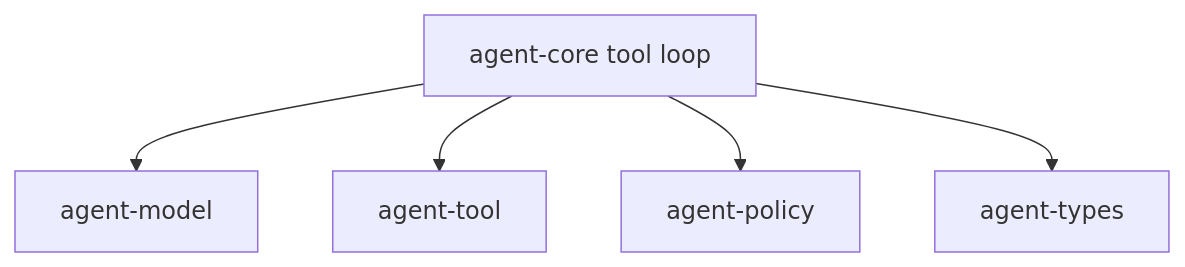
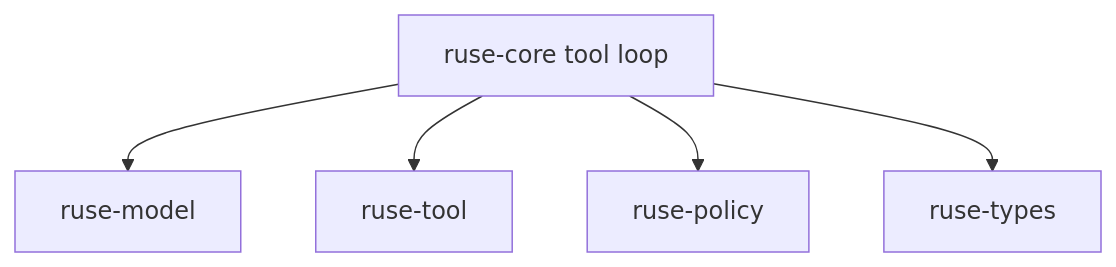
The diagram in docs/specs/M02-05-tool-loop-integration.spec.md (poneding/agent), drawn with Mermaid before and after one commit. The commit also changed other lines of this file and 2091 other files, not shown here.

First line of the commit message:
refactor: rename agent branding to ruse

````diff
--- a/docs/specs/M02-05-tool-loop-integration.spec.md
+++ b/docs/specs/M02-05-tool-loop-integration.spec.md
@@ -33,7 +33,7 @@
 ```mermaid
 flowchart TD
-  agent_core["agent-core tool loop"] --> agent_model["agent-model"]
-  agent_core --> agent_tool["agent-tool"]
-  agent_core --> agent_policy["agent-policy"]
-  agent_core --> agent_types["agent-types"]
+  ruse_core["ruse-core tool loop"] --> ruse_model["ruse-model"]
+  ruse_core --> ruse_tool["ruse-tool"]
+  ruse_core --> ruse_policy["ruse-policy"]
+  ruse_core --> ruse_types["ruse-types"]
 ```
````
